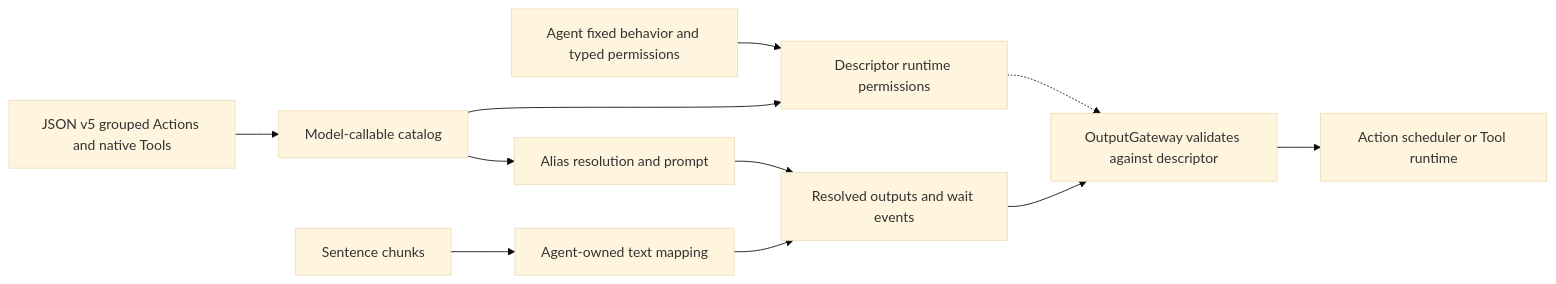
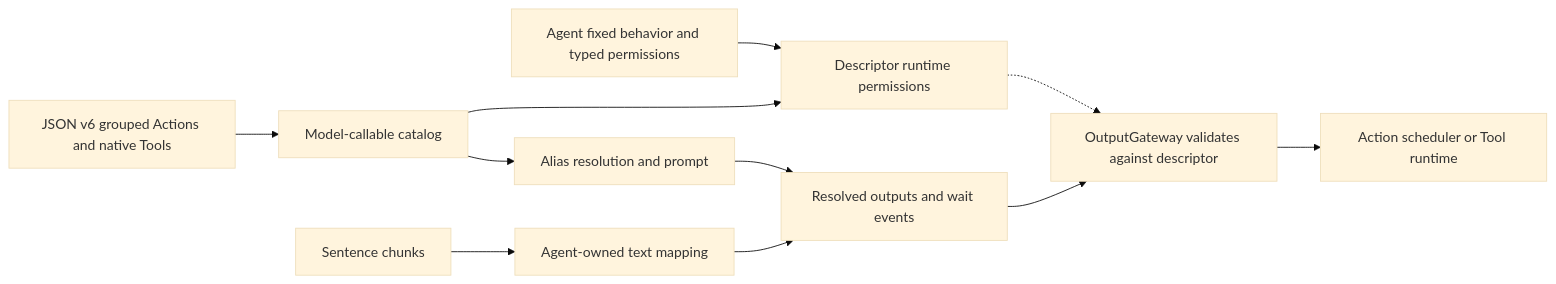
Before and after one commit to devilyouwei/MobileHarness: the third of 3 diagrams in MobileHarness/Agents/README.md, drawn with Mermaid (base theme). The commit also changed other lines of this file and 238 other files, not shown here.

````diff
--- a/MobileHarness/Agents/README.md
+++ b/MobileHarness/Agents/README.md
@@ -209,13 +212,13 @@
 ```mermaid
 flowchart LR
-    JSON[JSON v5 grouped Actions and native Tools] --> Model[Model-callable catalog]
+    JSON[JSON v6 grouped Actions and native Tools] --> Model[Model-callable catalog]
     Code[Agent fixed behavior and typed permissions] --> Runtime[Descriptor runtime permissions]
     Model --> Runtime
     Model --> Parser[Alias resolution and prompt]
     Text[Sentence chunks] --> Mapping[Agent-owned text mapping]
     Parser --> Calls[Resolved outputs and wait events]
     Mapping --> Calls
     Calls --> Gateway[OutputGateway validates against descriptor]
     Runtime -.-> Gateway
     Gateway --> Execution[Action scheduler or Tool runtime]
 ```
````
